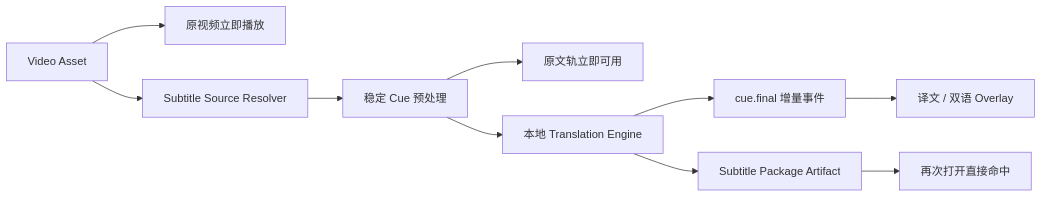
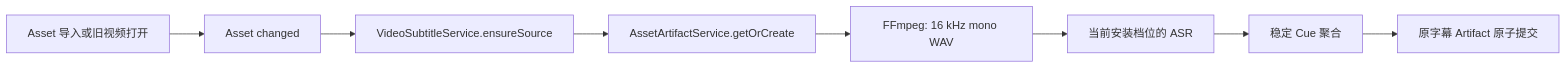
One commit to wu-tian807/learning-companion changed the first of 2 diagrams in docs/superpowers/specs/2026-08-16-video-subtitle-translation-design.md. Above: the diagram before and after it, drawn with Mermaid. The commit also changed other lines of this file, not shown here.

Commit message:
docs(video): align subtitle design with artifact flow

````diff
--- a/docs/superpowers/specs/2026-08-16-video-subtitle-translation-design.md
+++ b/docs/superpowers/specs/2026-08-16-video-subtitle-translation-design.md
@@ -157,12 +177,10 @@
 ```mermaid
 flowchart LR
-    VIDEO["Video Asset"] --> PLAY["原视频立即播放"]
-    VIDEO --> SOURCE["Subtitle Source Resolver"]
-    SOURCE --> NORMALIZE["稳定 Cue 预处理"]
-    NORMALIZE --> SOURCEVIEW["原文轨立即可用"]
-    NORMALIZE --> TRANSLATE["本地 Translation Engine"]
-    TRANSLATE --> EVENTS["cue.final 增量事件"]
-    EVENTS --> OVERLAY["译文 / 双语 Overlay"]
-    TRANSLATE --> ARTIFACT["Subtitle Package Artifact"]
-    ARTIFACT --> CACHE["再次打开直接命中"]
+    IMPORT["Asset 导入或旧视频打开"] --> EVENT["Asset changed"]
+    EVENT --> SERVICE["VideoSubtitleService.ensureSource"]
+    SERVICE --> CACHE["AssetArtifactService.getOrCreate"]
+    CACHE --> NORMALIZE["FFmpeg: 16 kHz mono WAV"]
+    NORMALIZE --> ASR["当前安装档位的 ASR"]
+    ASR --> MERGE["稳定 Cue 聚合"]
+    MERGE --> ARTIFACT["原字幕 Artifact 原子提交"]
 ```
````
